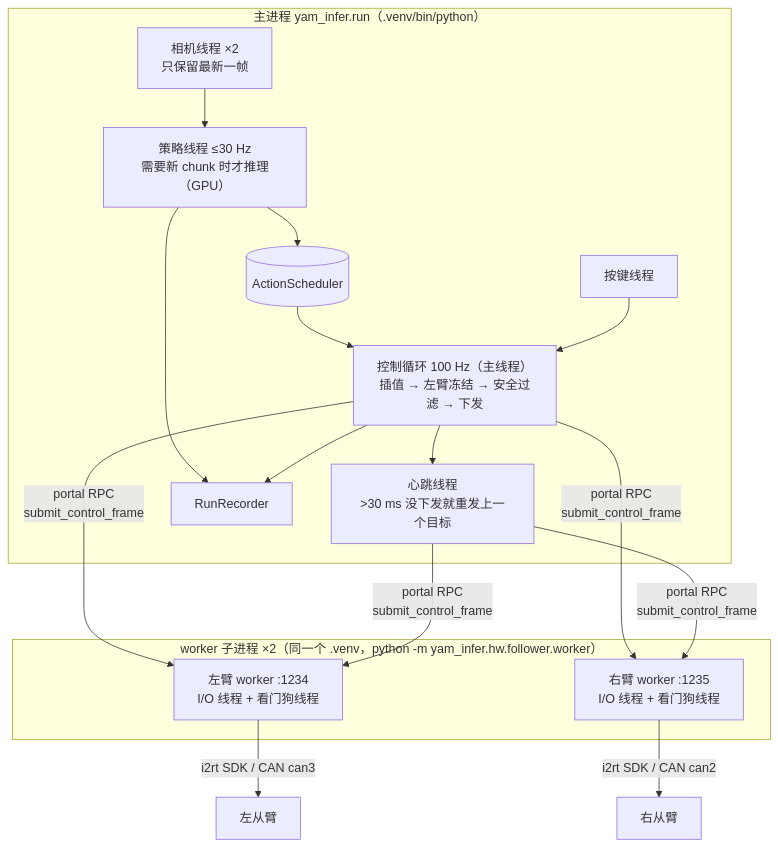
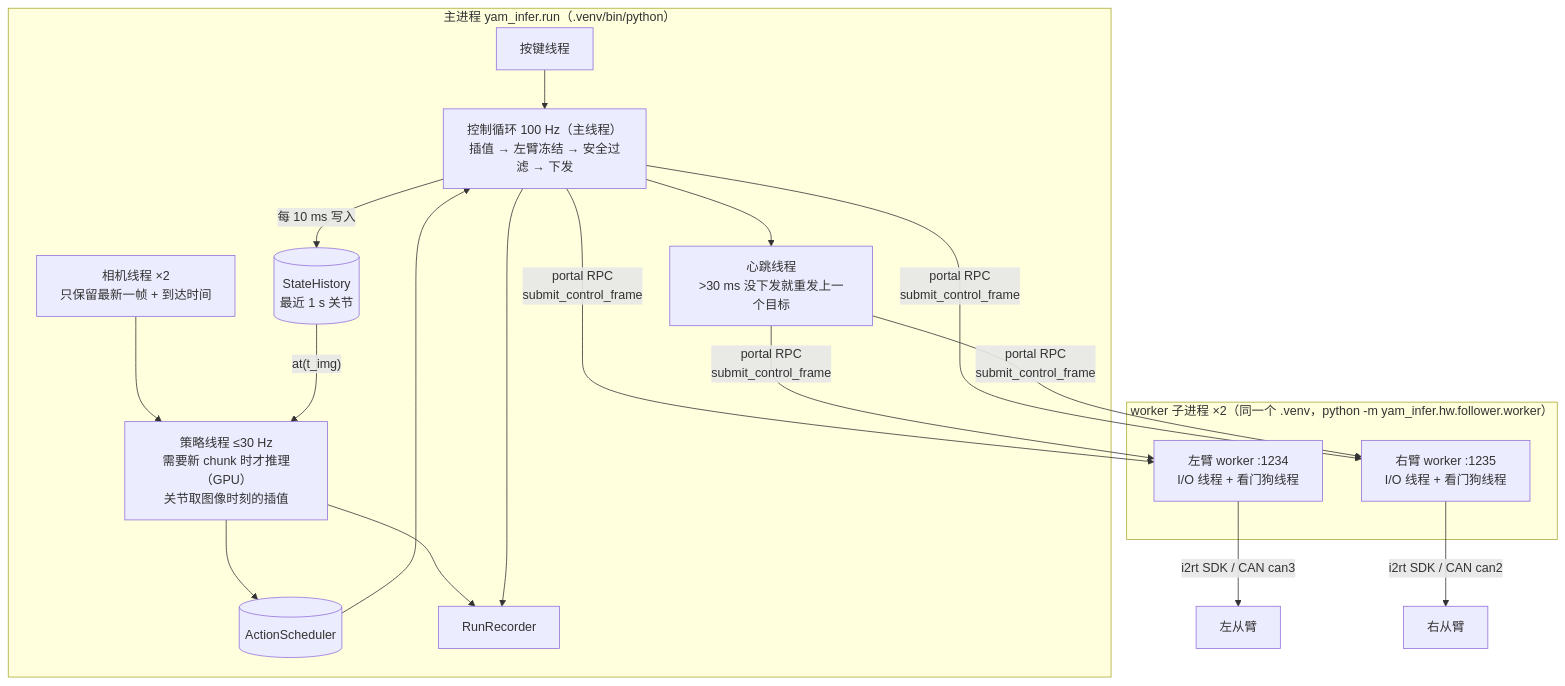
The first of 6 diagrams in docs/02_architecture.md (FuFutheBest/yam_infer), drawn with Mermaid before and after one commit. The commit also changed other lines of this file and 7 other files, not shown here.

````diff
--- a/docs/02_architecture.md
+++ b/docs/02_architecture.md
@@ -61,23 +62,25 @@
 ```mermaid
 flowchart TB
     subgraph MAIN["主进程 yam_infer.run（.venv/bin/python）"]
         KEY["按键线程"]
-        CAM["相机线程 ×2<br/>只保留最新一帧"]
-        POL["策略线程 ≤30 Hz<br/>需要新 chunk 时才推理（GPU）"]
+        CAM["相机线程 ×2<br/>只保留最新一帧 + 到达时间"]
+        HIST[("StateHistory<br/>最近 1 s 关节")]
+        POL["策略线程 ≤30 Hz<br/>需要新 chunk 时才推理（GPU）<br/>关节取图像时刻的插值"]
         SCH[("ActionScheduler")]
         CTRL["控制循环 100 Hz（主线程）<br/>插值 → 左臂冻结 → 安全过滤 → 下发"]
         HB["心跳线程<br/>>30 ms 没下发就重发上一个目标"]
         REC["RunRecorder"]
         CAM --> POL --> SCH --> CTRL
+        CTRL -->|"每 10 ms 写入"| HIST -->|"at(t_img)"| POL
         KEY --> CTRL
         POL & CTRL --> REC
         CTRL --> HB
     end
     subgraph WK["worker 子进程 ×2（同一个 .venv，python -m yam_infer.hw.follower.worker）"]
         WL["左臂 worker :1234<br/>I/O 线程 + 看门狗线程"]
         WR["右臂 worker :1235<br/>I/O 线程 + 看门狗线程"]
     end
     CTRL & HB -->|"portal RPC<br/>submit_control_frame"| WL & WR
     WL -->|"i2rt SDK / CAN can3"| AL["左从臂"]
     WR -->|"i2rt SDK / CAN can2"| AR["右从臂"]
 ```
````
